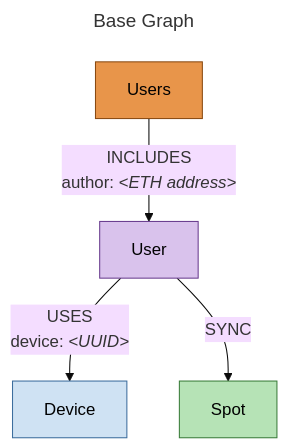
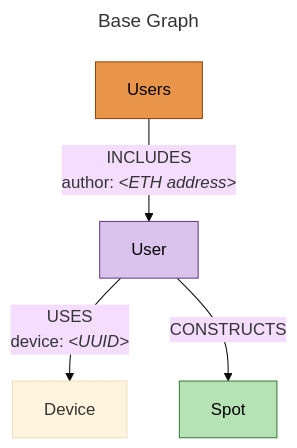
The first of 9 diagrams in pkgs/Gremlin/docs/Claude’s graph structure.md (MetaFam/mimis), drawn with Mermaid (base theme) before and after one commit. The commit also changed other lines of this file, not shown here.

````diff
--- a/pkgs/Gremlin/docs/Claude’s graph structure.md
+++ b/pkgs/Gremlin/docs/Claude’s graph structure.md
@@ -11,19 +39,19 @@
 ```mermaid
 ---
 title: Base Graph
 ---
-flowchart TD
+graph TD
   US["Users"]
   US -->|INCLUDES<br/>author: <i>&lt;ETH address&gt;</i>| U[User]
   U -->|USES<br/>device: <i>&lt;UUID&gt;</i>| D[Device]
-  U -->|SYNC| SP[Spot]
+  U -->|CONSTRUCTS| SP[Spot]
 
-  classDef rollup fill:#e8954a,stroke:#8a4a12,color:#000
-  classDef frozen fill:#d9c2ec,stroke:#6a3d8f,color:#000
-  classDef contents fill:#b6e3b6,stroke:#3a7d3a,color:#000
+  classDef base fill:#e8954a,stroke:#8a4a12,color:#000
+  classDef user fill:#d9c2ec,stroke:#6a3d8f,color:#000
+  classDef spot fill:#b6e3b6,stroke:#3a7d3a,color:#000
   classDef table fill:#cfe2f3,stroke:#3d6e9e,color:#000
-  class US rollup
-  class U frozen
-  class SP contents
-  class D table
+  class US base
+  class U user
+  class SP spot
+  class D device
 ```
````
